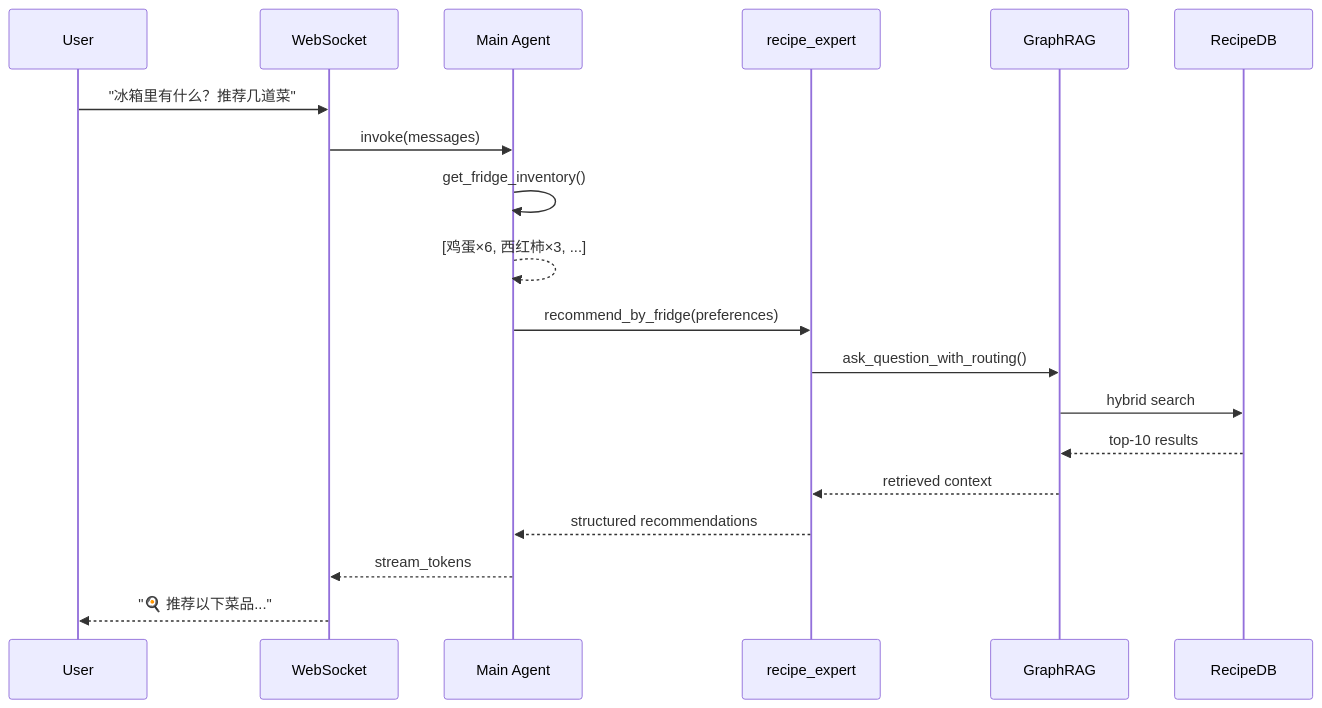
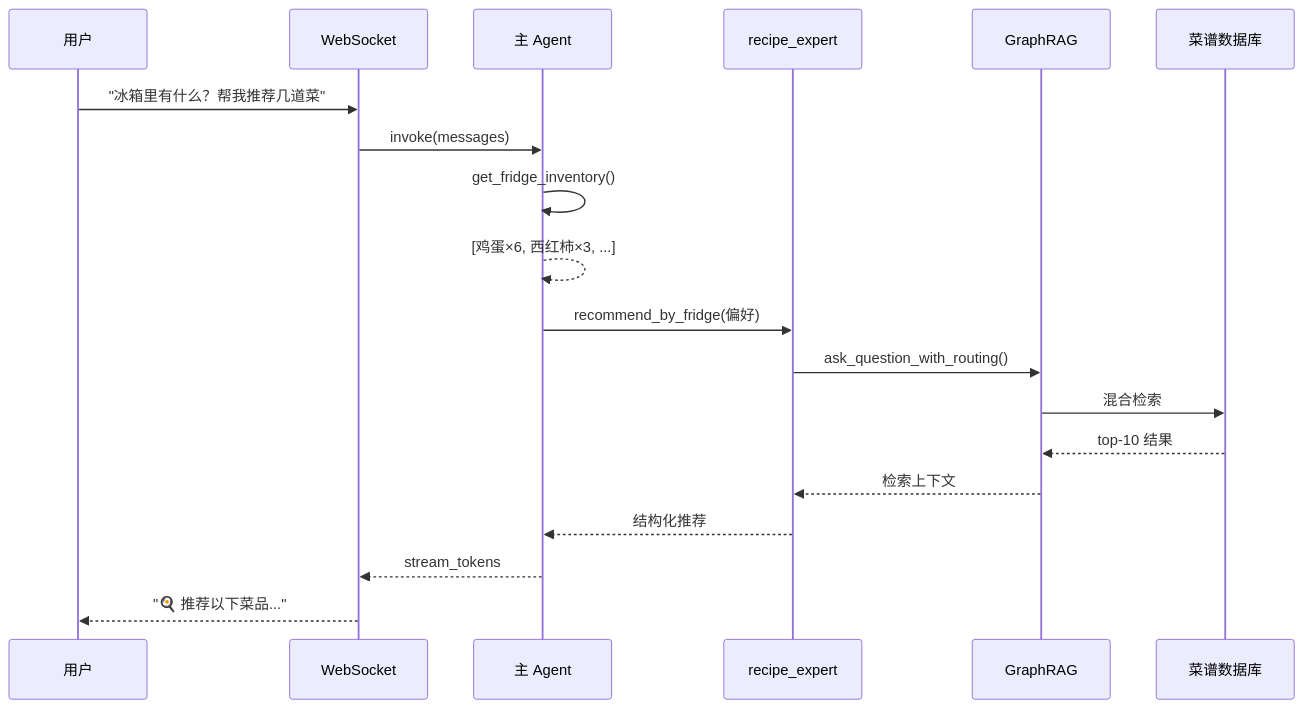
One commit to silver4444-xs/FridgeApp changed the second of 2 diagrams in README.md. Above: the diagram before and after it, drawn with Mermaid. The commit also changed other lines of this file, not shown here.

````diff
--- a/README.md
+++ b/README.md
@@ -140,22 +136,22 @@
 ```mermaid
 sequenceDiagram
-    participant U as User
+    participant U as 用户
     participant W as WebSocket
-    participant A as Main Agent
+    participant A as 主 Agent
     participant R as recipe_expert
     participant G as GraphRAG
-    participant D as RecipeDB
+    participant D as 菜谱数据库
 
-    U->>W: "冰箱里有什么？推荐几道菜"
+    U->>W: "冰箱里有什么？帮我推荐几道菜"
     W->>A: invoke(messages)
     A->>A: get_fridge_inventory()
     A-->>A: [鸡蛋×6, 西红柿×3, ...]
-    A->>R: recommend_by_fridge(preferences)
+    A->>R: recommend_by_fridge(偏好)
     R->>G: ask_question_with_routing()
-    G->>D: hybrid search
-    D-->>G: top-10 results
-    G-->>R: retrieved context
-    R-->>A: structured recommendations
+    G->>D: 混合检索
+    D-->>G: top-10 结果
+    G-->>R: 检索上下文
+    R-->>A: 结构化推荐
     A-->>W: stream_tokens
     W-->>U: "🍳 推荐以下菜品..."
 ```
````
